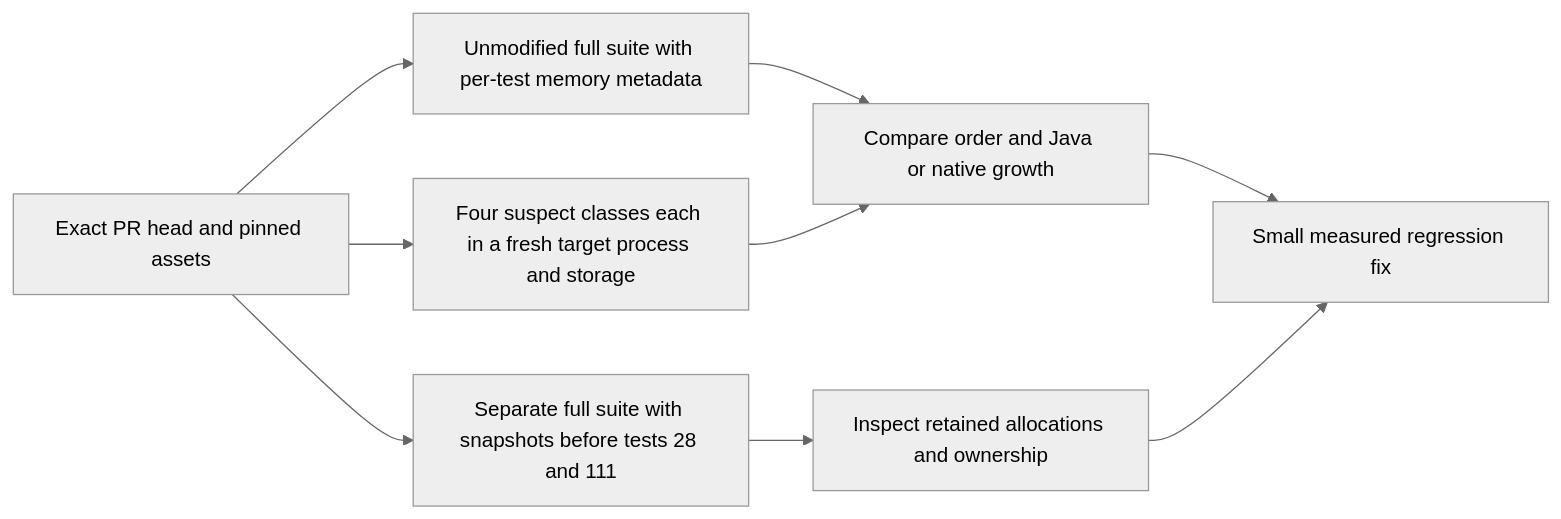
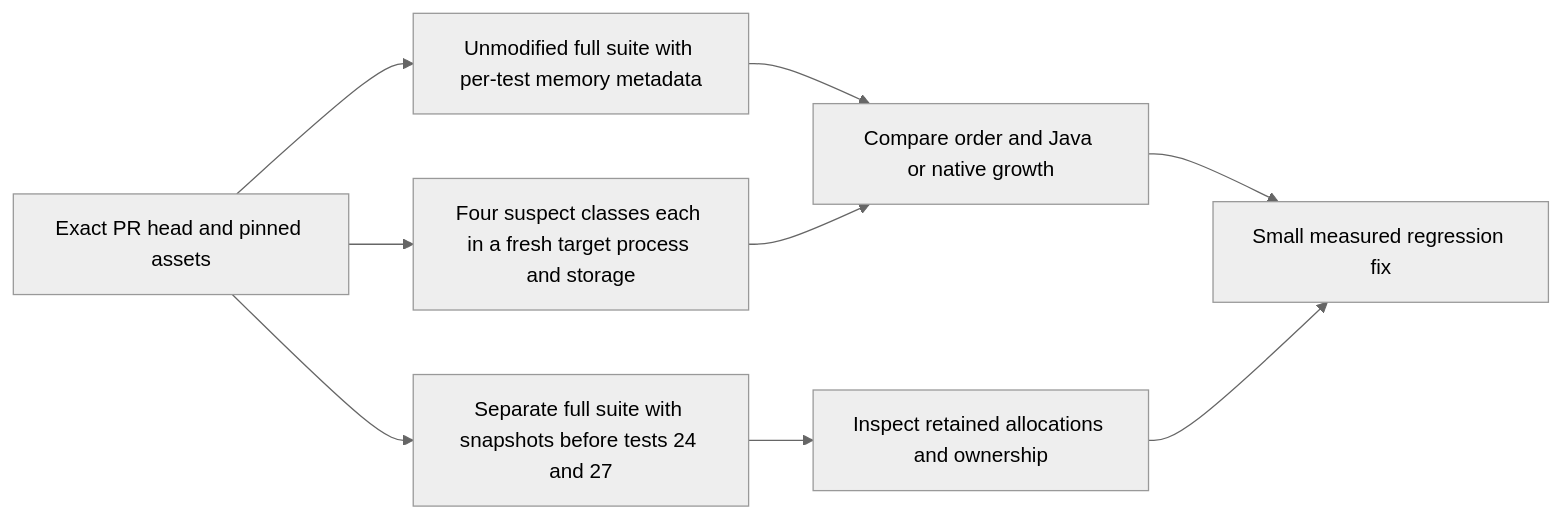
The diagram in docs/API29_MEMORY_DIAGNOSIS.md (reihlinstinct/parking-reporter-app), drawn with Mermaid (neutral theme) before and after one commit. The commit also changed other lines of this file and 5 other files, not shown here.

````diff
--- a/docs/API29_MEMORY_DIAGNOSIS.md
+++ b/docs/API29_MEMORY_DIAGNOSIS.md
@@ -9,11 +9,11 @@
 ```mermaid
 flowchart LR
     A[Exact PR head and pinned assets] --> B[Unmodified full suite with per-test memory metadata]
-    A --> C[Separate full suite with snapshots before tests 28 and 111]
+    A --> C[Separate full suite with snapshots before tests 24 and 27]
     A --> D[Four suspect classes each in a fresh target process and storage]
     B --> E[Compare order and Java or native growth]
     C --> F[Inspect retained allocations and ownership]
     D --> E
     E --> G[Small measured regression fix]
     F --> G
 ```
````
